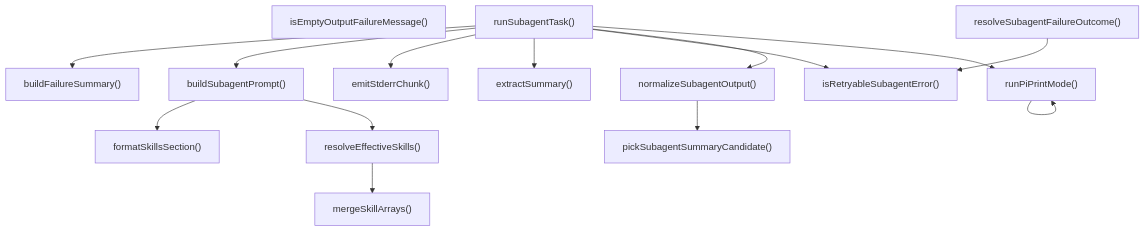
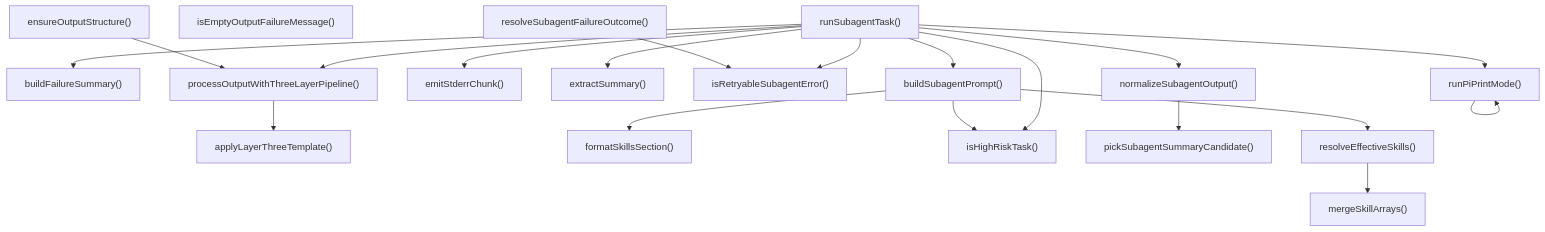
One commit to Mekann2904/mekann changed the third of 4 diagrams in ABDD/.pi/extensions/subagents/task-execution.md. Above: the diagram before and after it, drawn with Mermaid. The commit also changed other lines of this file and 205 other files, not shown here.

````diff
--- a/ABDD/.pi/extensions/subagents/task-execution.md
+++ b/ABDD/.pi/extensions/subagents/task-execution.md
@@ -78,30 +90,39 @@
 ```mermaid
 flowchart TD
+  applyLayerThreeTemplate["applyLayerThreeTemplate()"]
   buildFailureSummary["buildFailureSummary()"]
   buildSubagentPrompt["buildSubagentPrompt()"]
   emitStderrChunk["emitStderrChunk()"]
+  ensureOutputStructure["ensureOutputStructure()"]
   extractSummary["extractSummary()"]
   formatSkillsSection["formatSkillsSection()"]
   isEmptyOutputFailureMessage["isEmptyOutputFailureMessage()"]
+  isHighRiskTask["isHighRiskTask()"]
   isRetryableSubagentError["isRetryableSubagentError()"]
   mergeSkillArrays["mergeSkillArrays()"]
   normalizeSubagentOutput["normalizeSubagentOutput()"]
   pickSubagentSummaryCandidate["pickSubagentSummaryCandidate()"]
+  processOutputWithThreeLayerPipeline["processOutputWithThreeLayerPipeline()"]
   resolveEffectiveSkills["resolveEffectiveSkills()"]
   resolveSubagentFailureOutcome["resolveSubagentFailureOutcome()"]
   runPiPrintMode["runPiPrintMode()"]
   runSubagentTask["runSubagentTask()"]
   buildSubagentPrompt --> formatSkillsSection
+  buildSubagentPrompt --> isHighRiskTask
   buildSubagentPrompt --> resolveEffectiveSkills
+  ensureOutputStructure --> processOutputWithThreeLayerPipeline
   normalizeSubagentOutput --> pickSubagentSummaryCandidate
+  processOutputWithThreeLayerPipeline --> applyLayerThreeTemplate
   resolveEffectiveSkills --> mergeSkillArrays
   resolveSubagentFailureOutcome --> isRetryableSubagentError
   runPiPrintMode --> runPiPrintMode
   runSubagentTask --> buildFailureSummary
   runSubagentTask --> buildSubagentPrompt
   runSubagentTask --> emitStderrChunk
   runSubagentTask --> extractSummary
+  runSubagentTask --> isHighRiskTask
   runSubagentTask --> isRetryableSubagentError
   runSubagentTask --> normalizeSubagentOutput
+  runSubagentTask --> processOutputWithThreeLayerPipeline
   runSubagentTask --> runPiPrintMode
 ```
````
